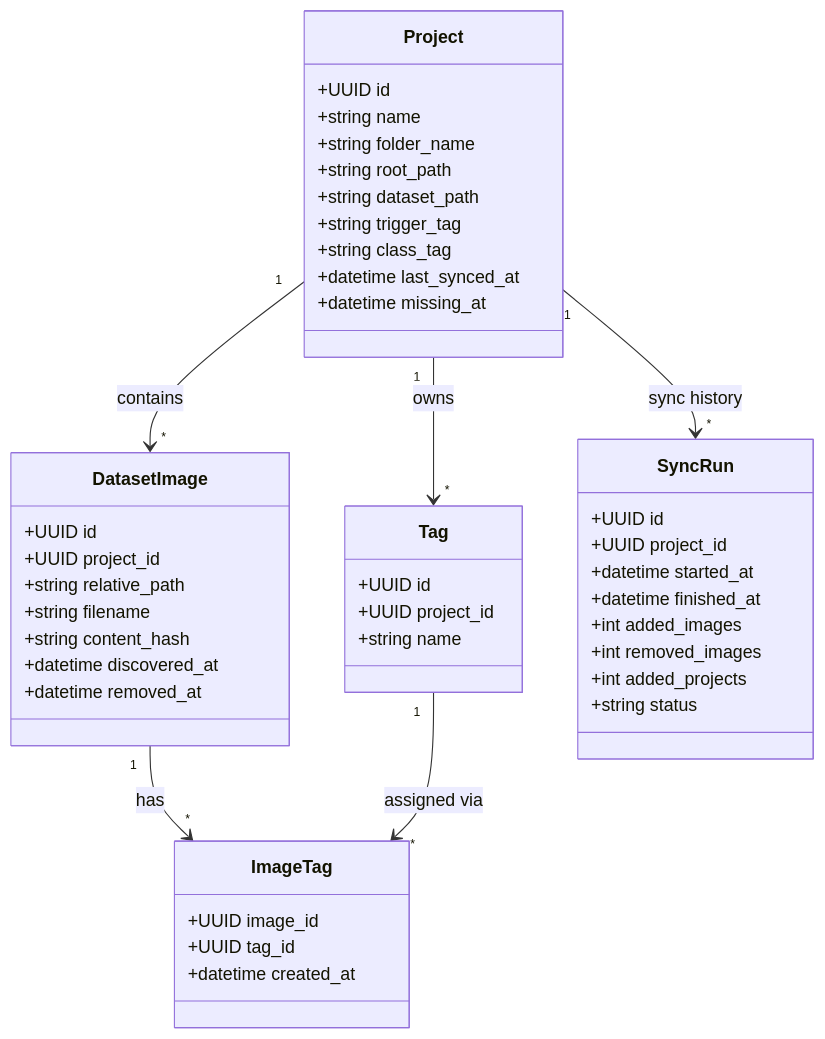
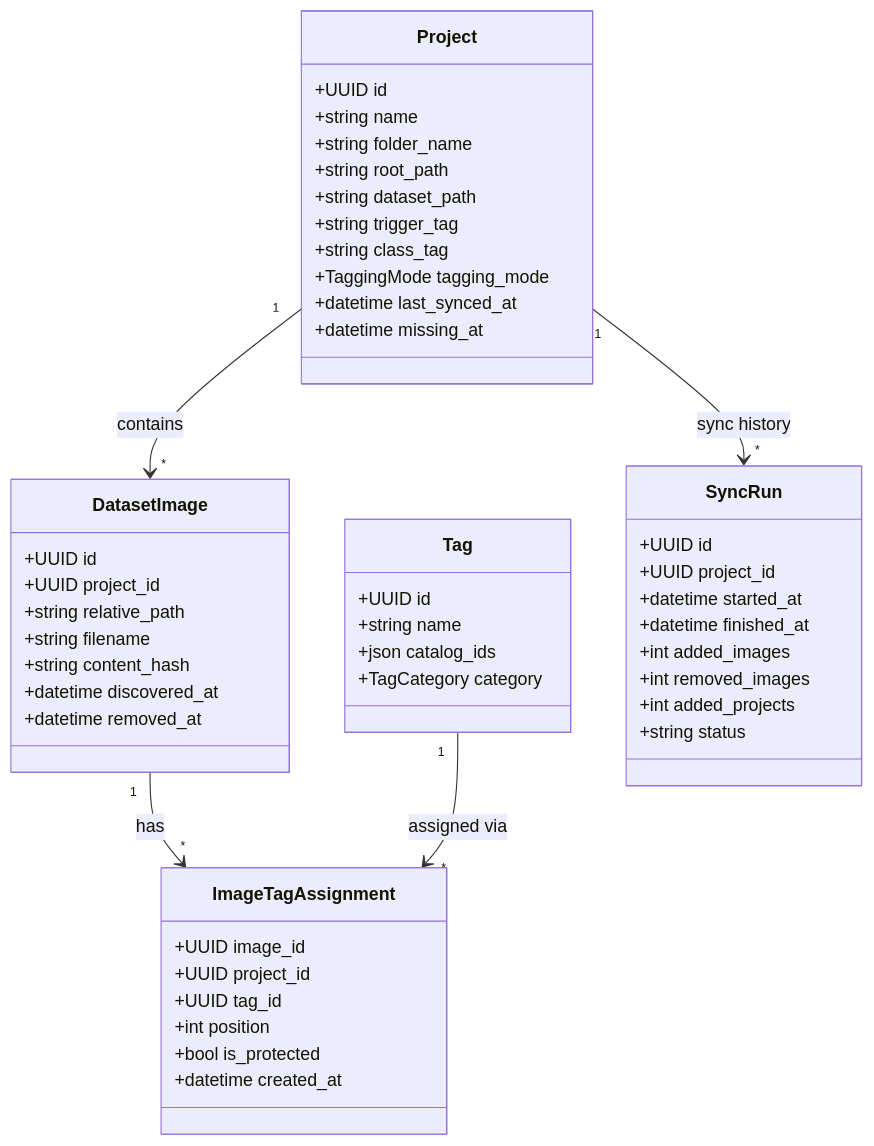
One commit to PabloDonkey/TailFlow changed the diagram in docs/project-dataset-workflow.md. Above: the diagram before and after it, drawn with Mermaid. The commit also changed other lines of this file and 2 other files, not shown here.

Commit message:
feat: update .gitignore to exclude local story workspace and add tag import plan documentation

````diff
--- a/docs/project-dataset-workflow.md
+++ b/docs/project-dataset-workflow.md
@@ -144,53 +173,57 @@
 ```mermaid
 classDiagram
     class Project {
         +UUID id
         +string name
         +string folder_name
         +string root_path
         +string dataset_path
         +string trigger_tag
         +string class_tag
+        +TaggingMode tagging_mode
         +datetime last_synced_at
         +datetime missing_at
     }
 
     class DatasetImage {
         +UUID id
         +UUID project_id
         +string relative_path
         +string filename
         +string content_hash
         +datetime discovered_at
         +datetime removed_at
     }
 
     class Tag {
         +UUID id
-        +UUID project_id
         +string name
+        +json catalog_ids
+        +TagCategory category
     }
 
-    class ImageTag {
+    class ImageTagAssignment {
         +UUID image_id
+        +UUID project_id
         +UUID tag_id
+        +int position
+        +bool is_protected
         +datetime created_at
     }
 
     class SyncRun {
         +UUID id
         +UUID project_id
         +datetime started_at
         +datetime finished_at
         +int added_images
         +int removed_images
         +int added_projects
         +string status
     }
 
     Project "1" --> "*" DatasetImage : contains
-    Project "1" --> "*" Tag : owns
-    DatasetImage "1" --> "*" ImageTag : has
-    Tag "1" --> "*" ImageTag : assigned via
+    DatasetImage "1" --> "*" ImageTagAssignment : has
+    Tag "1" --> "*" ImageTagAssignment : assigned via
     Project "1" --> "*" SyncRun : sync history
 ```
````
